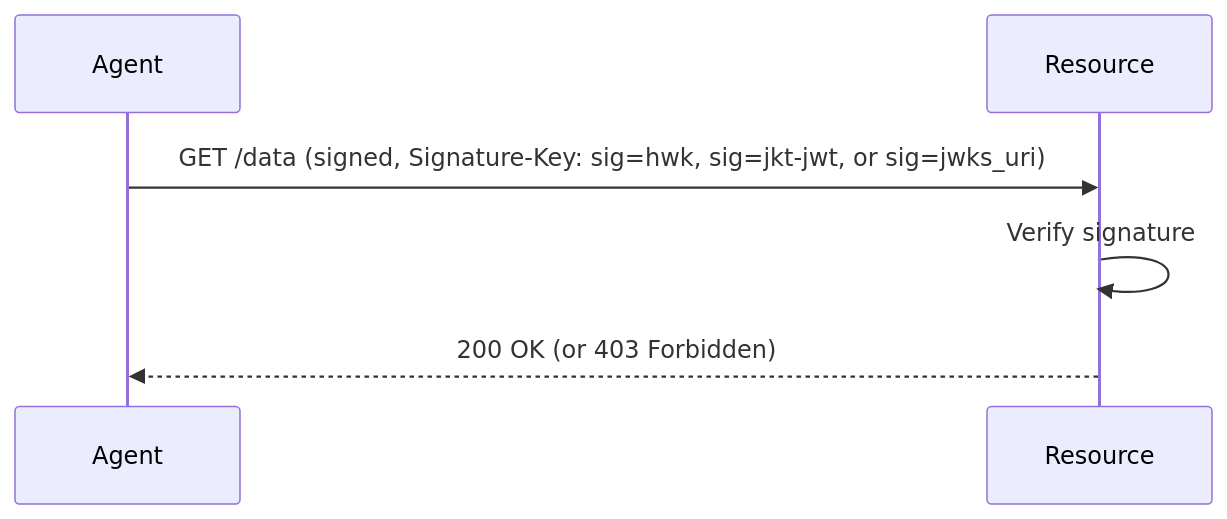
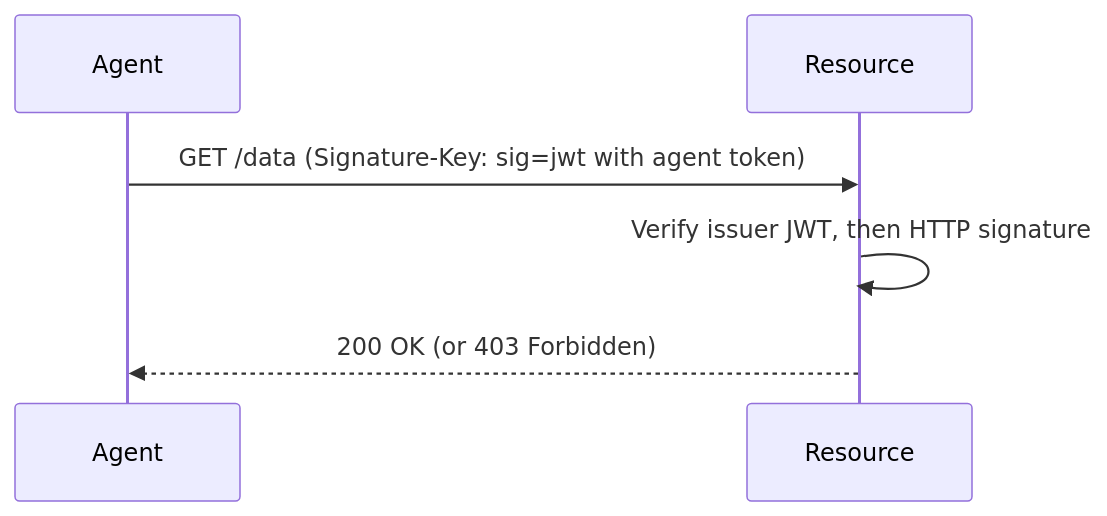
The diagram in docs/workflows/identity-based-access.md (aauth-dev/dotnet-samples), drawn with Mermaid before and after one commit. The commit also changed other lines of this file and 61 other files, not shown here.

````diff
--- a/docs/workflows/identity-based-access.md
+++ b/docs/workflows/identity-based-access.md
@@ -11,8 +15,8 @@
 ```mermaid
 sequenceDiagram
     participant Agent
     participant Resource
-    Agent->>Resource: GET /data (signed, Signature-Key: sig=hwk, sig=jkt-jwt, or sig=jwks_uri)
-    Resource->>Resource: Verify signature
+    Agent->>Resource: GET /data (Signature-Key: sig=jwt with agent token)
+    Resource->>Resource: Verify issuer JWT, then HTTP signature
     Resource-->>Agent: 200 OK (or 403 Forbidden)
 ```
````
